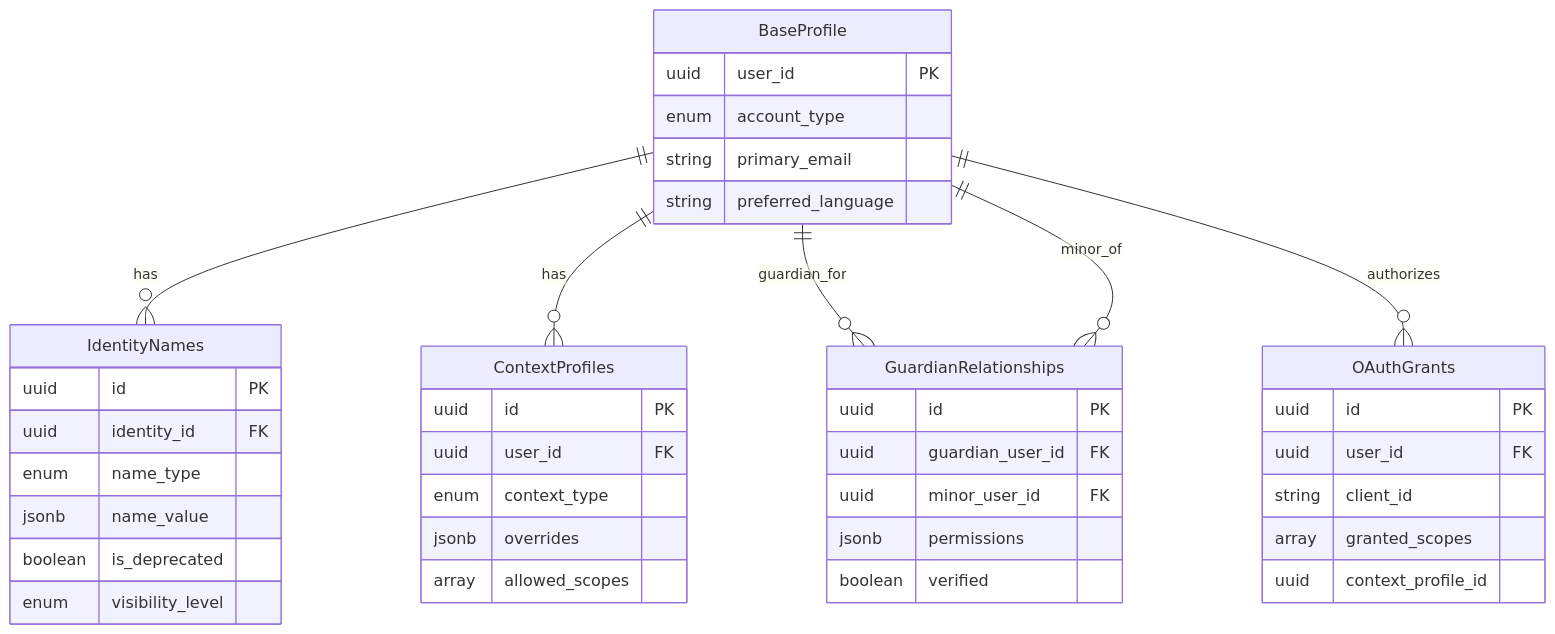
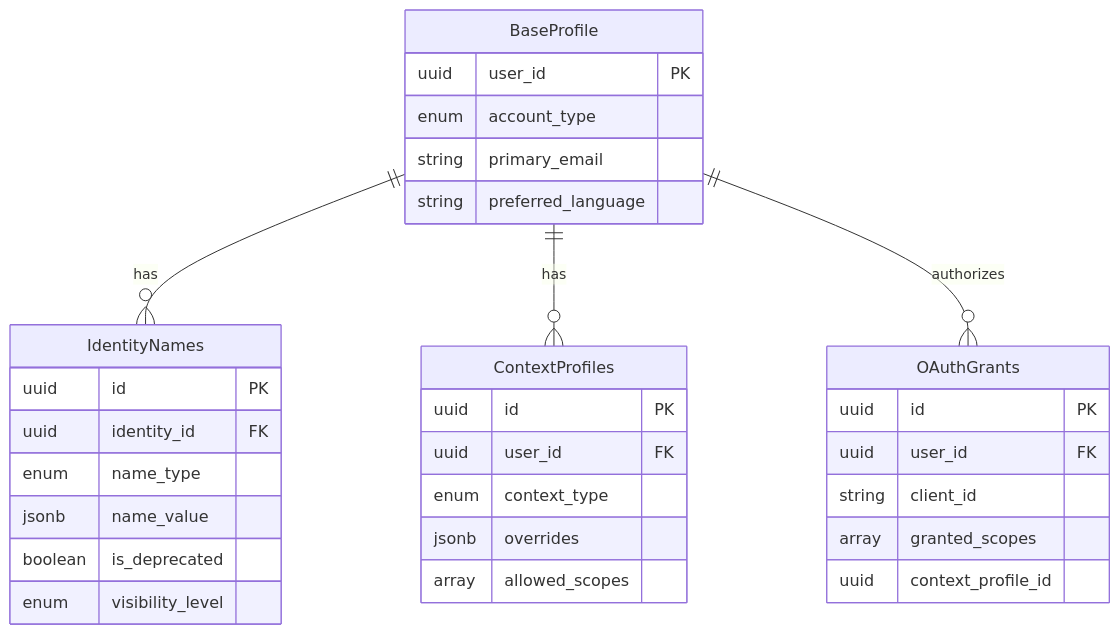
The third of 3 diagrams in preliminary-report.qmd (mastrolinux/final-project), drawn with Mermaid before and after one commit. The commit also changed other lines of this file and 22 other files, not shown here.

````diff
--- a/preliminary-report.qmd
+++ b/preliminary-report.qmd
@@ -484,51 +476,41 @@
 ```{mermaid}
 %%| label: fig-datamodel
 %%| fig-cap: "Entity-relationship diagram showing domain model"
 %%| fig-width: 6
 erDiagram
     BaseProfile ||--o{ IdentityNames : has
     BaseProfile ||--o{ ContextProfiles : has
-    BaseProfile ||--o{ GuardianRelationships : "guardian_for"
-    BaseProfile ||--o{ GuardianRelationships : "minor_of"
     BaseProfile ||--o{ OAuthGrants : authorizes
-    
+
     BaseProfile {
         uuid user_id PK
         enum account_type
         string primary_email
         string preferred_language
     }
-    
+
     IdentityNames {
         uuid id PK
         uuid identity_id FK
         enum name_type
         jsonb name_value
         boolean is_deprecated
         enum visibility_level
     }
-    
+
     ContextProfiles {
         uuid id PK
         uuid user_id FK
         enum context_type
         jsonb overrides
         array allowed_scopes
     }
-    
-    GuardianRelationships {
-        uuid id PK
-        uuid guardian_user_id FK
-        uuid minor_user_id FK
-        jsonb permissions
-        boolean verified
-    }
-    
+
     OAuthGrants {
         uuid id PK
         uuid user_id FK
         string client_id
         array granted_scopes
         uuid context_profile_id
     }
 ```
````
